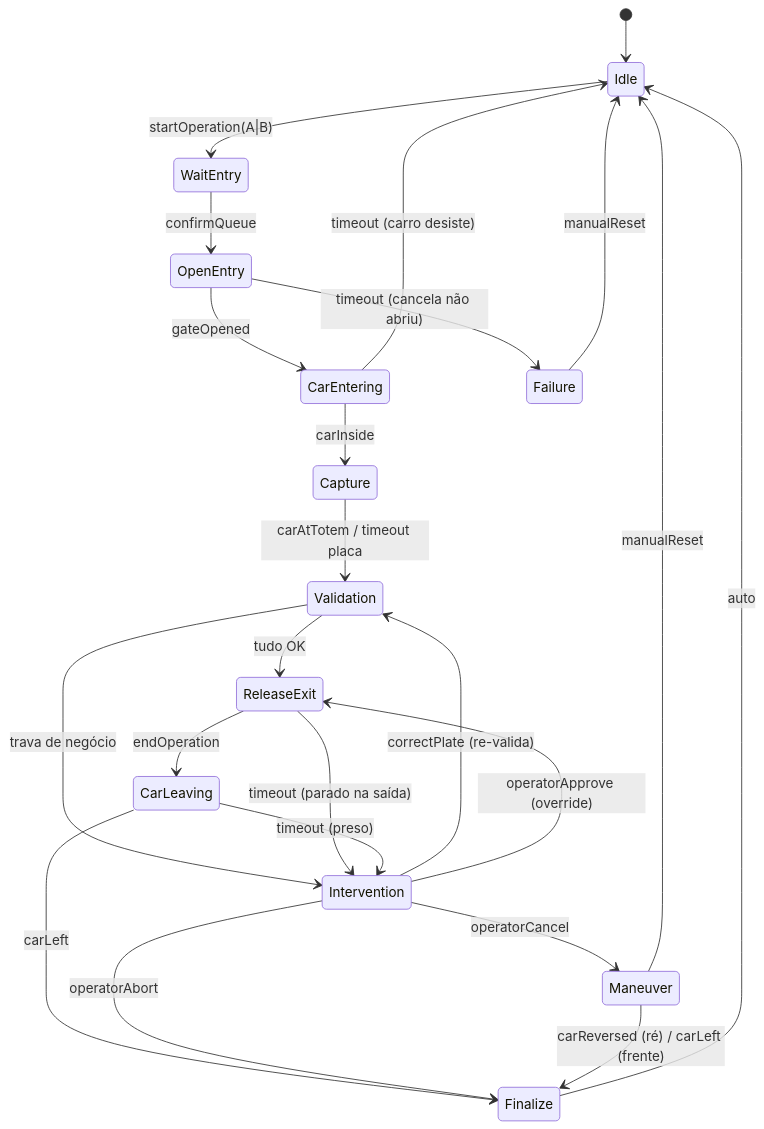
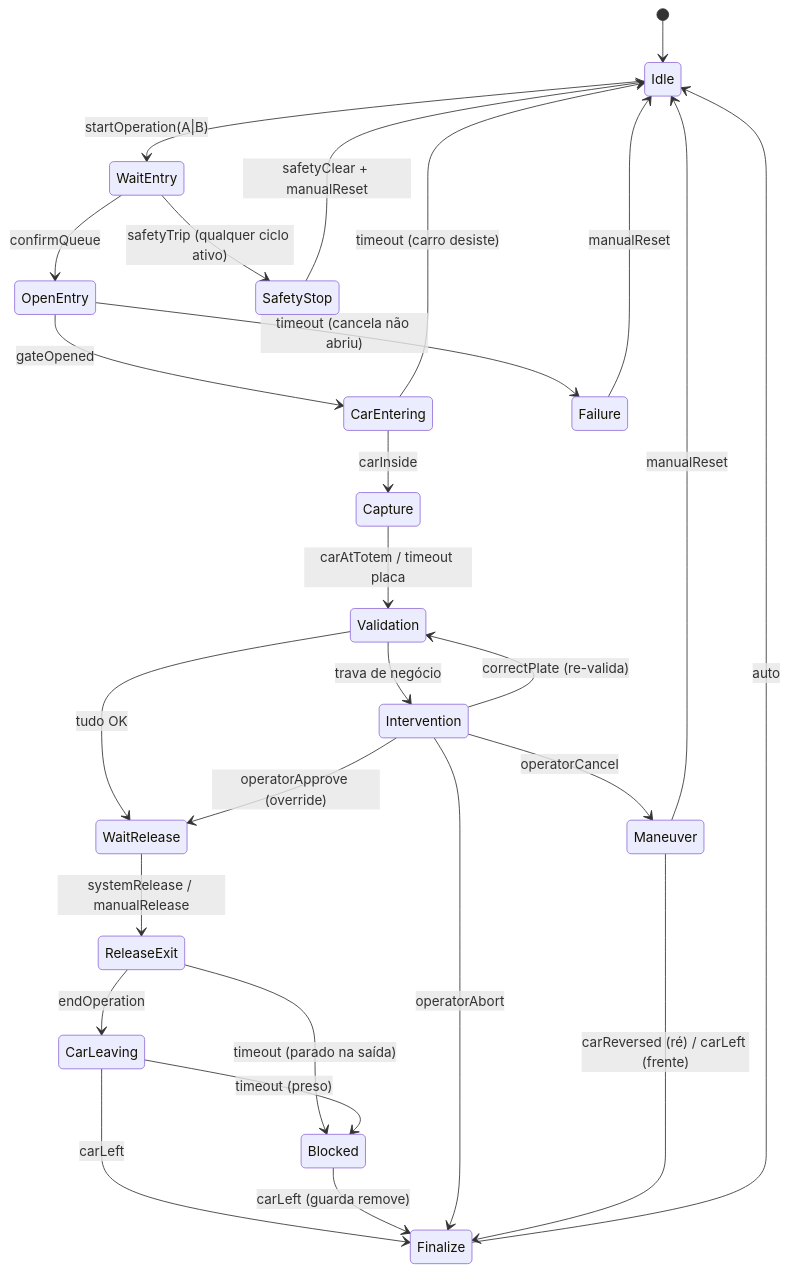
The fourth of 7 diagrams in README.md (renanlido/teste_classes), drawn with Mermaid before and after one commit. The commit also changed other lines of this file, not shown here.

Commit message:
docs: README reflects dual state machine (CLP + LaneFlow), modes, release-gating, safety

````diff
--- a/README.md
+++ b/README.md
@@ -100,25 +109,29 @@
 ```mermaid
 stateDiagram-v2
   [*] --> Idle
   Idle --> WaitEntry: startOperation(A|B)
   WaitEntry --> OpenEntry: confirmQueue
   OpenEntry --> CarEntering: gateOpened
   OpenEntry --> Failure: timeout (cancela não abriu)
   CarEntering --> Capture: carInside
   CarEntering --> Idle: timeout (carro desiste)
   Capture --> Validation: carAtTotem / timeout placa
-  Validation --> ReleaseExit: tudo OK
+  Validation --> WaitRelease: tudo OK
   Validation --> Intervention: trava de negócio
+  WaitRelease --> ReleaseExit: systemRelease / manualRelease
   ReleaseExit --> CarLeaving: endOperation
-  ReleaseExit --> Intervention: timeout (parado na saída)
+  ReleaseExit --> Blocked: timeout (parado na saída)
   CarLeaving --> Finalize: carLeft
-  CarLeaving --> Intervention: timeout (preso)
+  CarLeaving --> Blocked: timeout (preso)
+  Blocked --> Finalize: carLeft (guarda remove)
   Finalize --> Idle: auto
   Intervention --> Validation: correctPlate (re-valida)
-  Intervention --> ReleaseExit: operatorApprove (override)
+  Intervention --> WaitRelease: operatorApprove (override)
   Intervention --> Maneuver: operatorCancel
   Intervention --> Finalize: operatorAbort
   Maneuver --> Finalize: carReversed (ré) / carLeft (frente)
   Maneuver --> Idle: manualReset
   Failure --> Idle: manualReset
+  WaitEntry --> SafetyStop: safetyTrip (qualquer ciclo ativo)
+  SafetyStop --> Idle: safetyClear + manualReset
 ```
````
